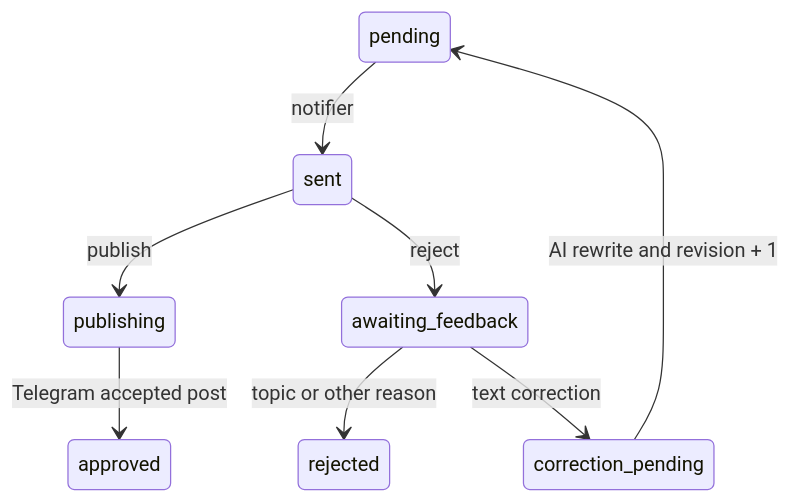
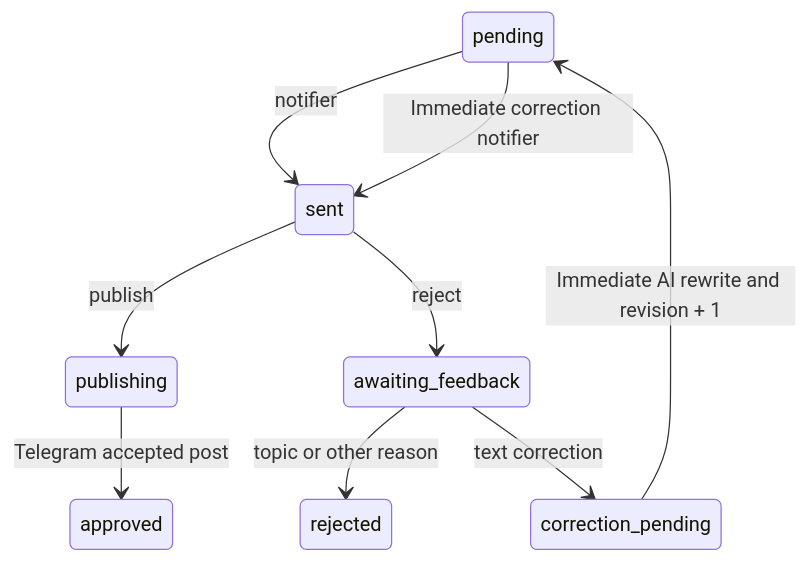
Before and after one commit to iazenin88-lang/belgium-news-bot: the diagram in docs/editorial-feedback.md, drawn with Mermaid. The commit also changed other lines of this file and 9 other files, not shown here.

````diff
--- a/docs/editorial-feedback.md
+++ b/docs/editorial-feedback.md
@@ -7,10 +7,11 @@
 ```mermaid
 stateDiagram-v2
     pending --> sent: notifier
     sent --> publishing: publish
     publishing --> approved: Telegram accepted post
     sent --> awaiting_feedback: reject
     awaiting_feedback --> rejected: topic or other reason
     awaiting_feedback --> correction_pending: text correction
-    correction_pending --> pending: AI rewrite and revision + 1
+    correction_pending --> pending: Immediate AI rewrite and revision + 1
+    pending --> sent: Immediate correction notifier
 ```
````
